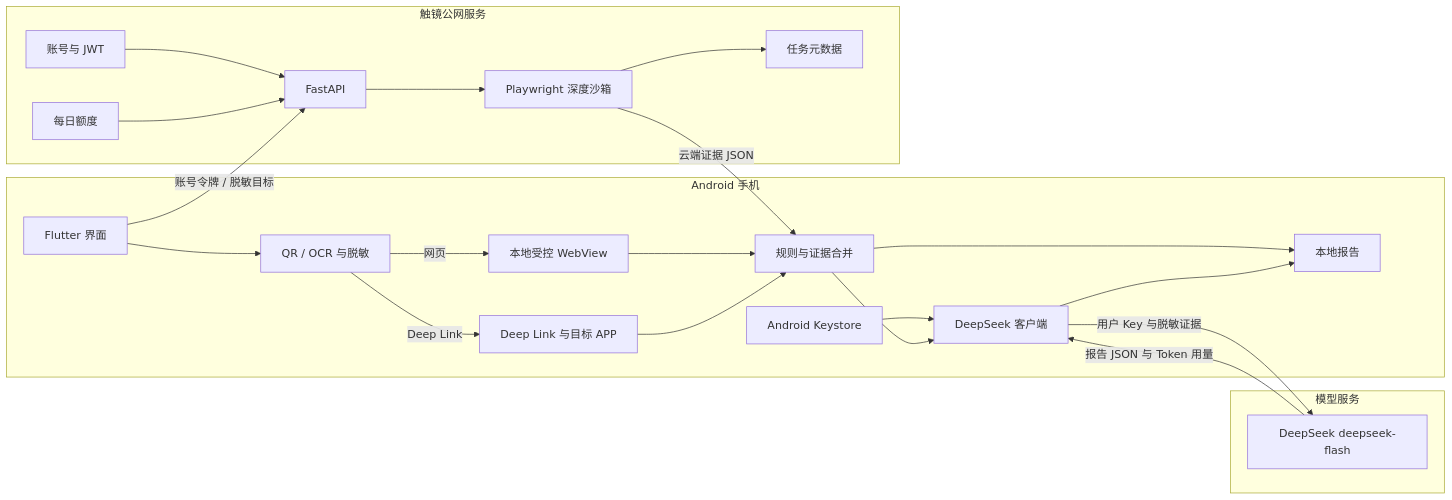
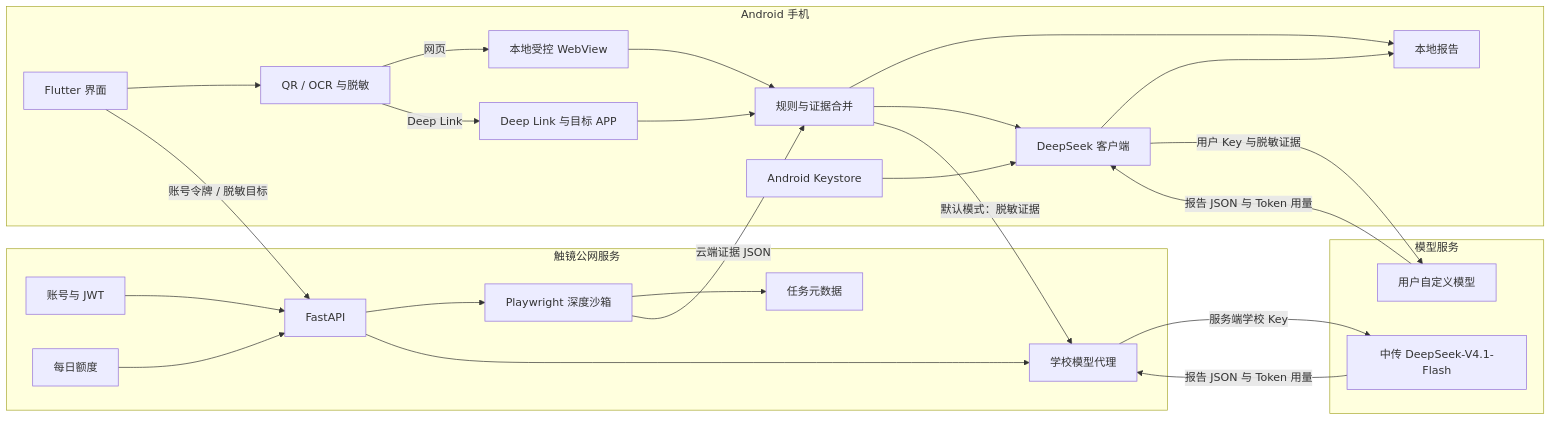
Before and after one commit to xl3036197231/TapLens: the second of 2 diagrams in README.md, drawn with Mermaid. The commit also changed other lines of this file and 20 other files, not shown here.

````diff
--- a/README.md
+++ b/README.md
@@ -91,38 +94,44 @@
 ```mermaid
 flowchart LR
     subgraph Phone[Android 手机]
         UI[Flutter 界面]
         OCR[QR / OCR 与脱敏]
         DL[Deep Link 与目标 APP]
         LW[本地受控 WebView]
         RULE[规则与证据合并]
         KEY[Android Keystore]
         AI[DeepSeek 客户端]
         HIST[本地报告]
         UI --> OCR
         OCR -->|网页| LW --> RULE
         OCR -->|Deep Link| DL --> RULE
         KEY --> AI
         RULE --> HIST
         RULE --> AI --> HIST
     end
 
     subgraph Server[触镜公网服务]
         AUTH[账号与 JWT]
         QUOTA[每日额度]
         API[FastAPI]
+        SAI[学校模型代理]
         PW[Playwright 深度沙箱]
         META[任务元数据]
         AUTH --> API
         QUOTA --> API --> PW --> META
+        API --> SAI
     end
 
     subgraph Provider[模型服务]
-        DS[DeepSeek deepseek-flash]
+        CUC[中传 DeepSeek-V4.1-Flash]
+        DS[用户自定义模型]
     end
 
     UI -->|账号令牌 / 脱敏目标| API
     PW -->|云端证据 JSON| RULE
+    RULE -->|默认模式：脱敏证据| SAI
+    SAI -->|服务端学校 Key| CUC
+    CUC -->|报告 JSON 与 Token 用量| SAI
     AI -->|用户 Key 与脱敏证据| DS
     DS -->|报告 JSON 与 Token 用量| AI
 ```
````
